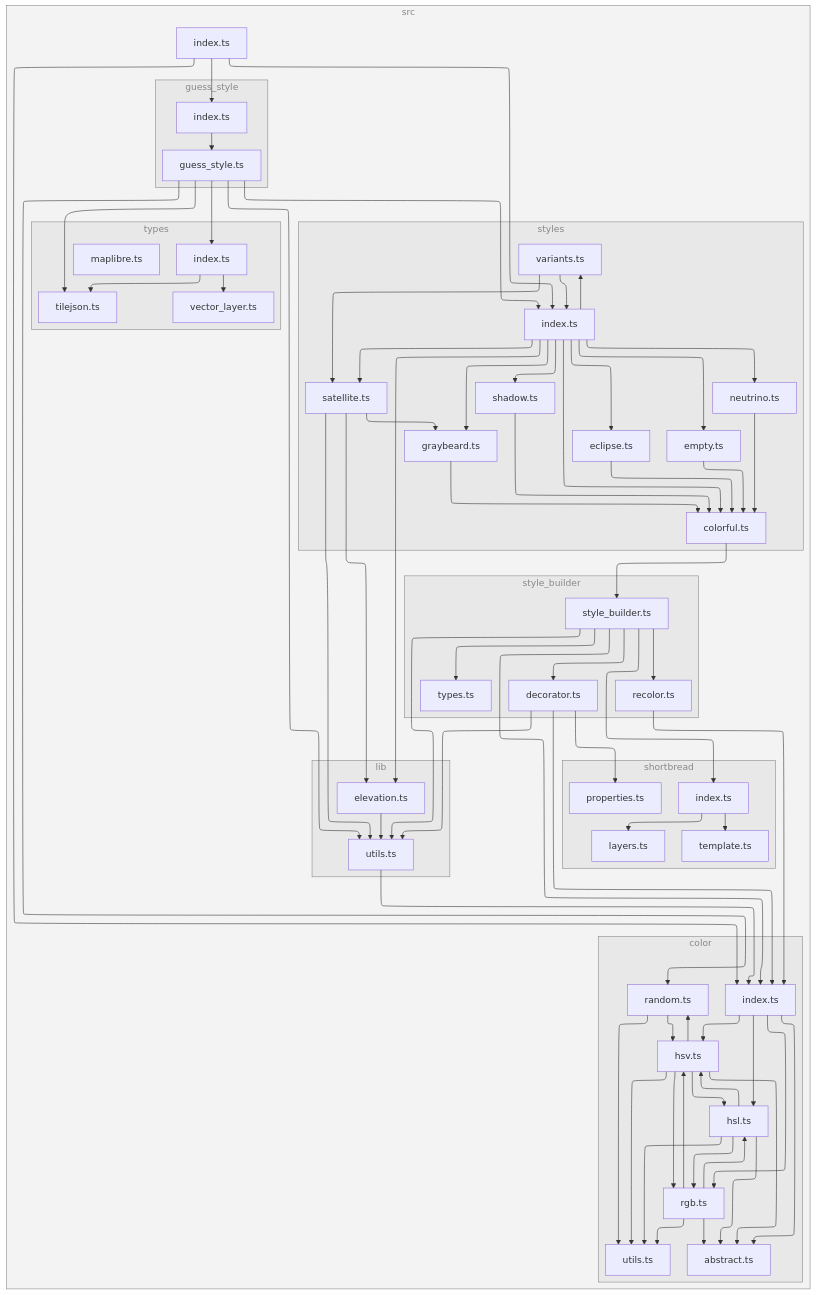
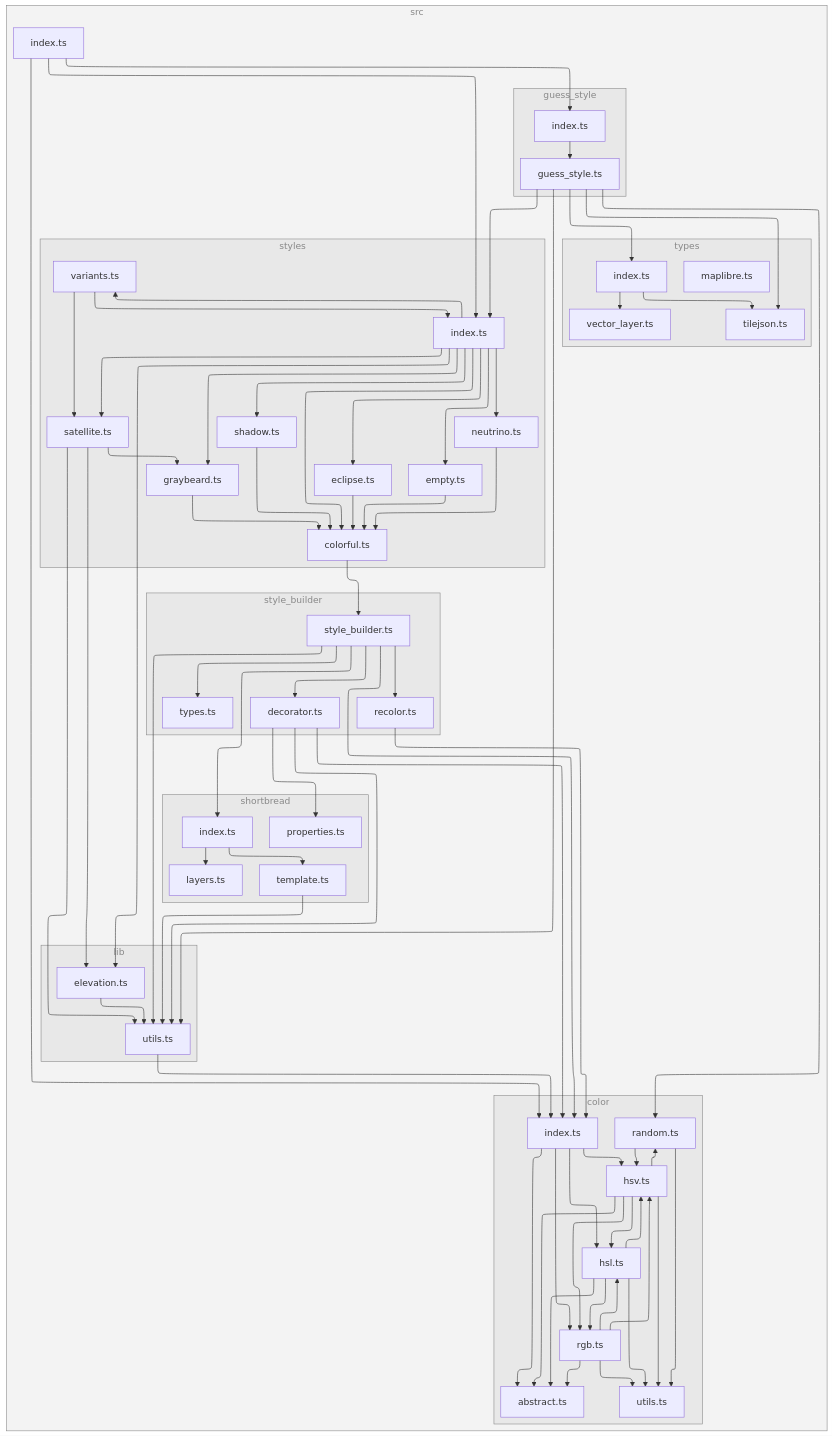
The diagram in README.md (versatiles-org/versatiles-style), drawn with Mermaid before and after one commit. The commit also changed 6 other files, not shown here.

```diff
--- a/README.md
+++ b/README.md
@@ -244,6 +244,7 @@
 I-->Q
 K-->L
 K-->M
+M-->C
 N-->8
 N-->C
 N-->O
```
